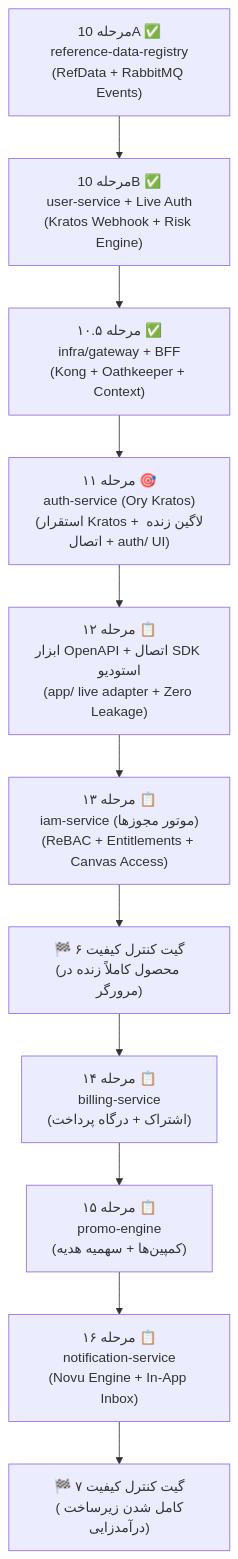
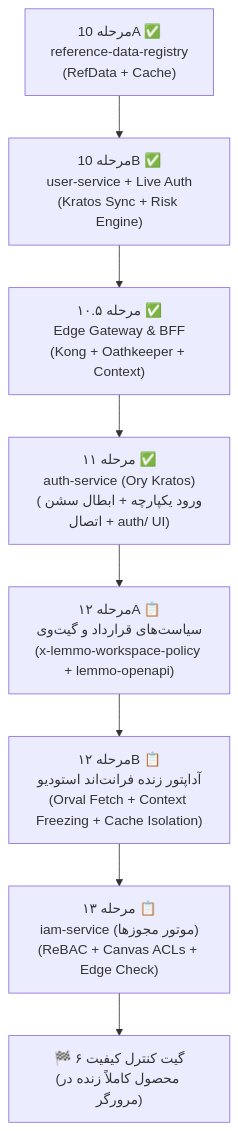
The second of 2 diagrams in docs/lemmo/03-backend/roadmap.md (itstalentnet/dotdive), drawn with Mermaid before and after one commit. The commit also changed other lines of this file and 7 other files, not shown here.

Commit message:
Add new documentation entries for platform security audit and request context governance; unify backend roadmap

````diff
--- a/docs/lemmo/03-backend/roadmap.md
+++ b/docs/lemmo/03-backend/roadmap.md
@@ -103,13 +121,10 @@
 ```mermaid
 flowchart TD
-    S10A["مرحله 10A ✅<br>reference-data-registry<br>(RefData + RabbitMQ Events)"] --> S10B["مرحله 10B ✅<br>user-service + Live Auth<br>(Kratos Webhook + Risk Engine)"]
-    S10B --> S105["مرحله ۱۰.۵ ✅<br>infra/gateway + BFF<br>(Kong + Oathkeeper + Context)"]
-    S105 --> S11["مرحله ۱۱ 🎯<br>auth-service (Ory Kratos)<br>(استقرار Kratos + لاگین زنده + اتصال auth/ UI)"]
-    S11 --> S12["مرحله ۱۲ 📋<br>ابزار OpenAPI + اتصال SDK استودیو<br>(app/ live adapter + Zero Leakage)"]
-    S12 --> S13["مرحله ۱۳ 📋<br>iam-service (موتور مجوزها)<br>(ReBAC + Entitlements + Canvas Access)"]
+    S10A["مرحله 10A ✅<br>reference-data-registry<br>(RefData + Cache)"] --> S10B["مرحله 10B ✅<br>user-service + Live Auth<br>(Kratos Sync + Risk Engine)"]
+    S10B --> S105["مرحله ۱۰.۵ ✅<br>Edge Gateway & BFF<br>(Kong + Oathkeeper + Context)"]
+    S105 --> S11["مرحله ۱۱ ✅<br>auth-service (Ory Kratos)<br>(ورود یکپارچه + ابطال سشن + اتصال auth/ UI)"]
+    S11 --> S12A["مرحله ۱۲A 📋<br>سیاست‌های قرارداد و گیت‌وی<br>(x-lemmo-workspace-policy + lemmo-openapi)"]
+    S12A --> S12B["مرحله ۱۲B 📋<br>آداپتور زنده فرانت‌اند استودیو<br>(Orval Fetch + Context Freezing + Cache Isolation)"]
+    S12B --> S13["مرحله ۱۳ 📋<br>iam-service (موتور مجوزها)<br>(ReBAC + Canvas ACLs + Edge Check)"]
     S13 --> Gate6["🏁 گیت کنترل کیفیت ۶<br>(محصول کاملاً زنده در مرورگر)"]
-    Gate6 --> S14["مرحله ۱۴ 📋<br>billing-service<br>(اشتراک + درگاه پرداخت)"]
-    S14 --> S15["مرحله ۱۵ 📋<br>promo-engine<br>(کمپین‌ها + سهمیه هدیه)"]
-    S15 --> S16["مرحله ۱۶ 📋<br>notification-service<br>(Novu Engine + In-App Inbox)"]
-    S16 --> Gate7["🏁 گیت کنترل کیفیت ۷<br>(کامل شدن زیرساخت درآمدزایی)"]
 ```
````
